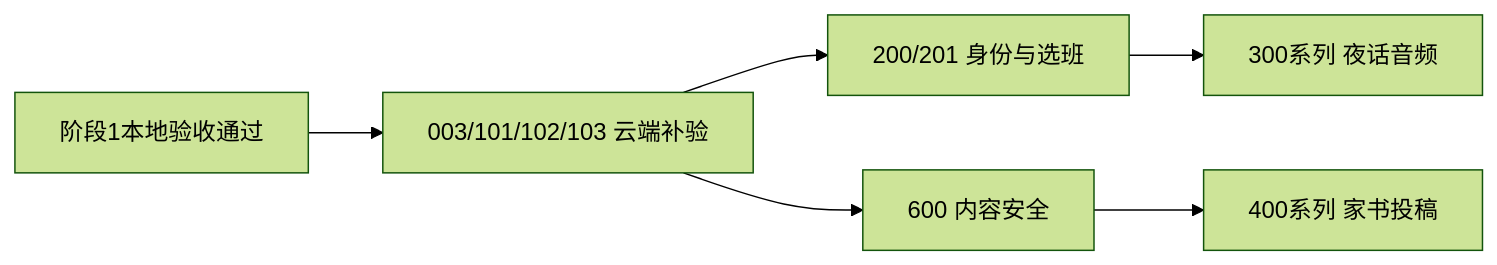
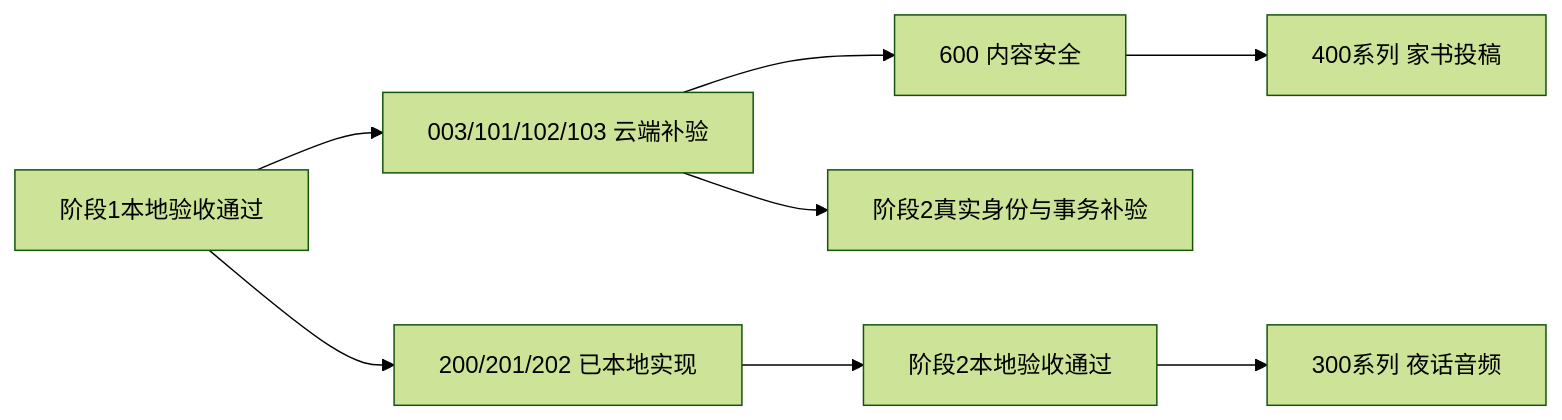
Before and after one commit to Chatblanccc/shixueyehua: the diagram in docs/implementation-plan.md, drawn with Mermaid (forest theme). The commit also changed other lines of this file and 79 other files, not shown here.

First line of the commit message:
feat: complete stage 2 identity and class onboarding (#2)

````diff
--- a/docs/implementation-plan.md
+++ b/docs/implementation-plan.md
@@ -94,8 +111,10 @@
 ```mermaid
 flowchart LR
   Local[阶段1本地验收通过] --> Cloud[003/101/102/103 云端补验]
-  Cloud --> Identity[200/201 身份与选班]
-  Identity --> Audio[300系列 夜话音频]
+  Local --> Identity[200/201/202 已本地实现]
+  Identity --> Stage2QA[阶段2本地验收通过]
+  Cloud --> Cloud2[阶段2真实身份与事务补验]
+  Stage2QA --> Audio[300系列 夜话音频]
   Cloud --> Safety[600 内容安全]
   Safety --> Letters[400系列 家书投稿]
 ```
````
